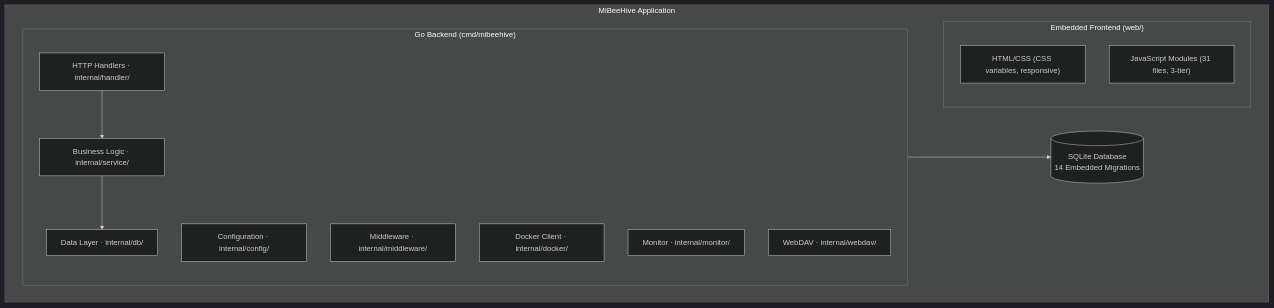
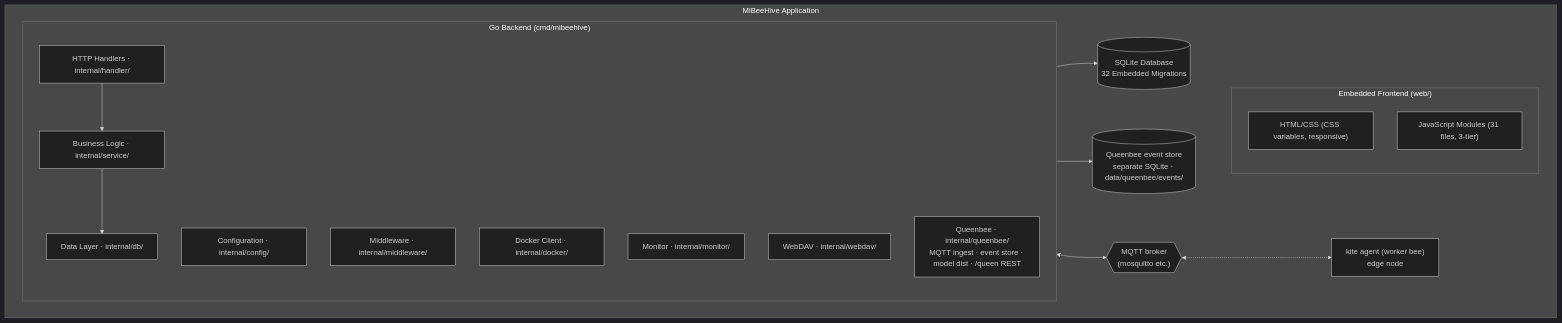
Before and after one commit to Mi-Bee-Studio/mibee-docs: the first of 9 diagrams in mibeehive/en-US/architecture.md, drawn with Mermaid (dark theme). The commit also changed other lines of this file and 5 other files, not shown here.

````diff
--- a/mibeehive/en-US/architecture.md
+++ b/mibeehive/en-US/architecture.md
@@ -26,24 +41,29 @@
 ```mermaid
 flowchart TB
   subgraph APP["MiBeeHive Application"]
     subgraph BE["Go Backend (cmd/mibeehive)"]
       direction TB
       H["HTTP Handlers · internal/handler/"]
       S["Business Logic · internal/service/"]
       D["Data Layer · internal/db/"]
       C["Configuration · internal/config/"]
       M["Middleware · internal/middleware/"]
       DK["Docker Client · internal/docker/"]
       MO["Monitor · internal/monitor/"]
       WV["WebDAV · internal/webdav/"]
+      QB["Queenbee · internal/queenbee/<br/>MQTT ingest · event store · model dist · /queen REST"]
       H --> S --> D
     end
     subgraph FE["Embedded Frontend (web/)"]
       direction TB
       F1["HTML/CSS (CSS variables, responsive)"]
       F2["JavaScript Modules (31 files, 3-tier)"]
     end
-    DB[("SQLite Database<br/>14 Embedded Migrations")]
+    DB[("SQLite Database<br/>32 Embedded Migrations")]
     D --> DB
+    QB --> EQ[("Queenbee event store<br/>separate SQLite · data/queenbee/events/")]
+    MQ{{"MQTT broker<br/>(mosquitto etc.)"}}
+    QB <--> MQ
+    MQ <-.-> K["kite agent (worker bee)<br/>edge node"]
   end
 ```
````
